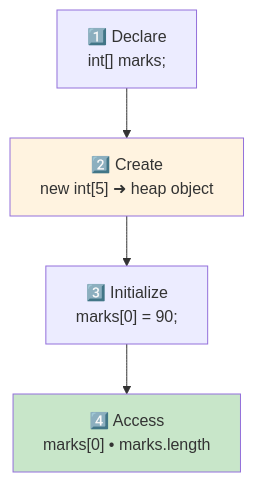
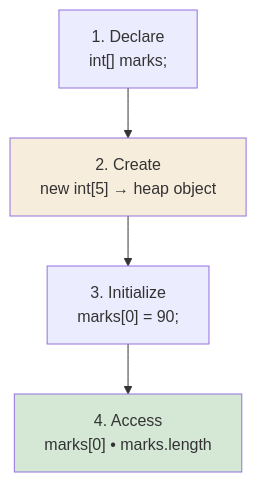
The second of 2 diagrams in src/Theory/04-Arrays-and-Strings/01-Arrays.md (kundankumarsharma56/Leaning-Java), drawn with Mermaid before and after one commit. The commit also changed other lines of this file and 84 other files, not shown here.

````diff
--- a/src/Theory/04-Arrays-and-Strings/01-Arrays.md
+++ b/src/Theory/04-Arrays-and-Strings/01-Arrays.md
@@ -54,8 +54,8 @@
 ```mermaid
 flowchart TD
-    D["1️⃣ Declare<br/>int[] marks;"] --> C["2️⃣ Create<br/>new int[5] ➜ heap object"]
-    C --> I["3️⃣ Initialize<br/>marks[0] = 90;"]
-    I --> A["4️⃣ Access<br/>marks[0] • marks.length"]
-    style C fill:#fff3e0
-    style A fill:#c8e6c9
+    D["1. Declare<br/>int[] marks;"] --> C["2. Create<br/>new int[5] → heap object"]
+    C --> I["3. Initialize<br/>marks[0] = 90;"]
+    I --> A["4. Access<br/>marks[0] • marks.length"]
+    style C fill:#f7eddd
+    style A fill:#d5e8d6
 ```
````
